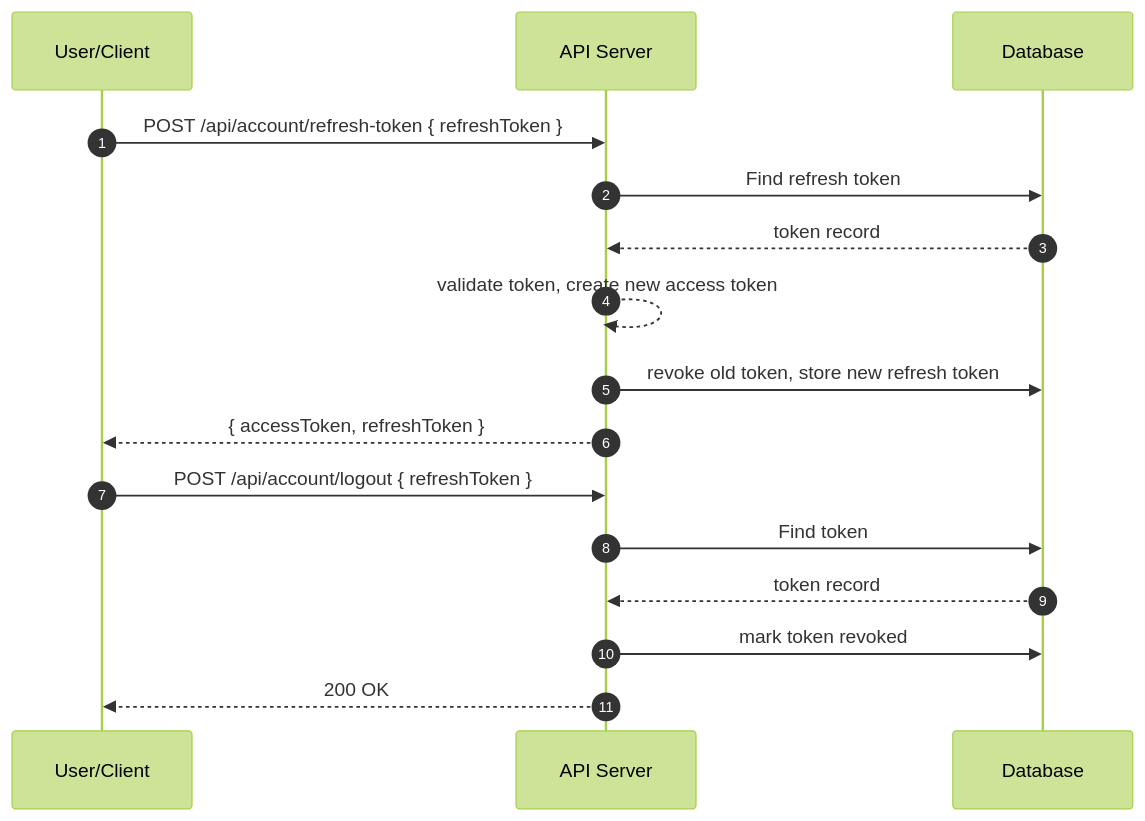
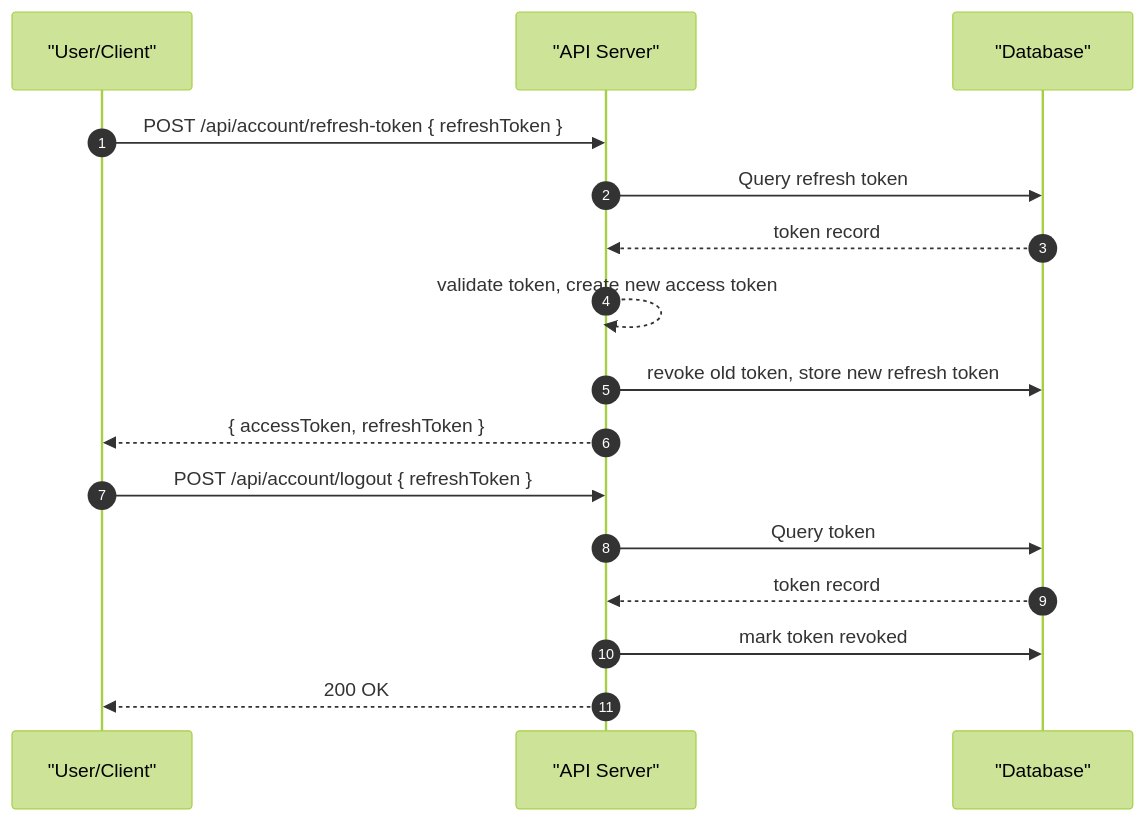
The fourth of 6 diagrams in LmsMini.Resources/File Học Bài/lessons/identity/AccountController_CompleteImplementation.md (SokKimThanh/LmsMini), drawn with Mermaid (forest theme) before and after one commit. The commit also changed other lines of this file, not shown here.

Commit message:
sửa lỗi hiện thị sơ đồ mermaid trong markdown tài liệu

````diff
--- a/LmsMini.Resources/File Học Bài/lessons/identity/AccountController_CompleteImplementation.md
+++ b/LmsMini.Resources/File Học Bài/lessons/identity/AccountController_CompleteImplementation.md
@@ -446,20 +447,20 @@
 ```mermaid
 sequenceDiagram
   autonumber
-  participant U as User/Client
-  participant API as API Server
-  participant DB as Database
+  participant U as "User/Client"
+  participant API_Server as "API Server"
+  participant DB as "Database"
 
-  U->>API: POST /api/account/refresh-token { refreshToken }
-  API->>DB: Find refresh token
-  DB-->>API: token record
-  API-->>API: validate token, create new access token
-  API->>DB: revoke old token, store new refresh token
-  API-->>U: { accessToken, refreshToken }
+  U->>API_Server: POST /api/account/refresh-token { refreshToken }
+  API_Server->>DB: Query refresh token
+  DB-->>API_Server: token record
+  API_Server-->>API_Server: validate token, create new access token
+  API_Server->>DB: revoke old token, store new refresh token
+  API_Server-->>U: { accessToken, refreshToken }
 
-  U->>API: POST /api/account/logout { refreshToken }
-  API->>DB: Find token
-  DB-->>API: token record
-  API->>DB: mark token revoked
-  API-->>U: 200 OK
+  U->>API_Server: POST /api/account/logout { refreshToken }
+  API_Server->>DB: Query token
+  DB-->>API_Server: token record
+  API_Server->>DB: mark token revoked
+  API_Server-->>U: 200 OK
 ```
````
